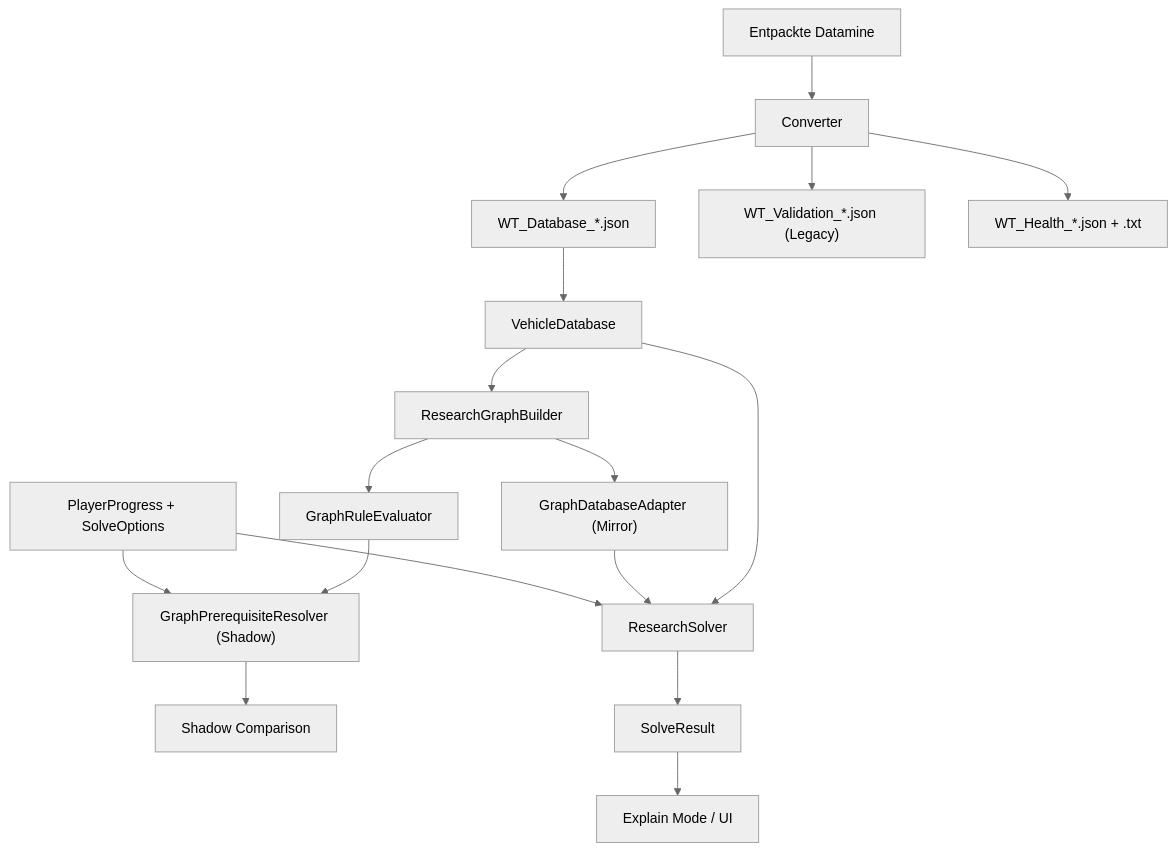
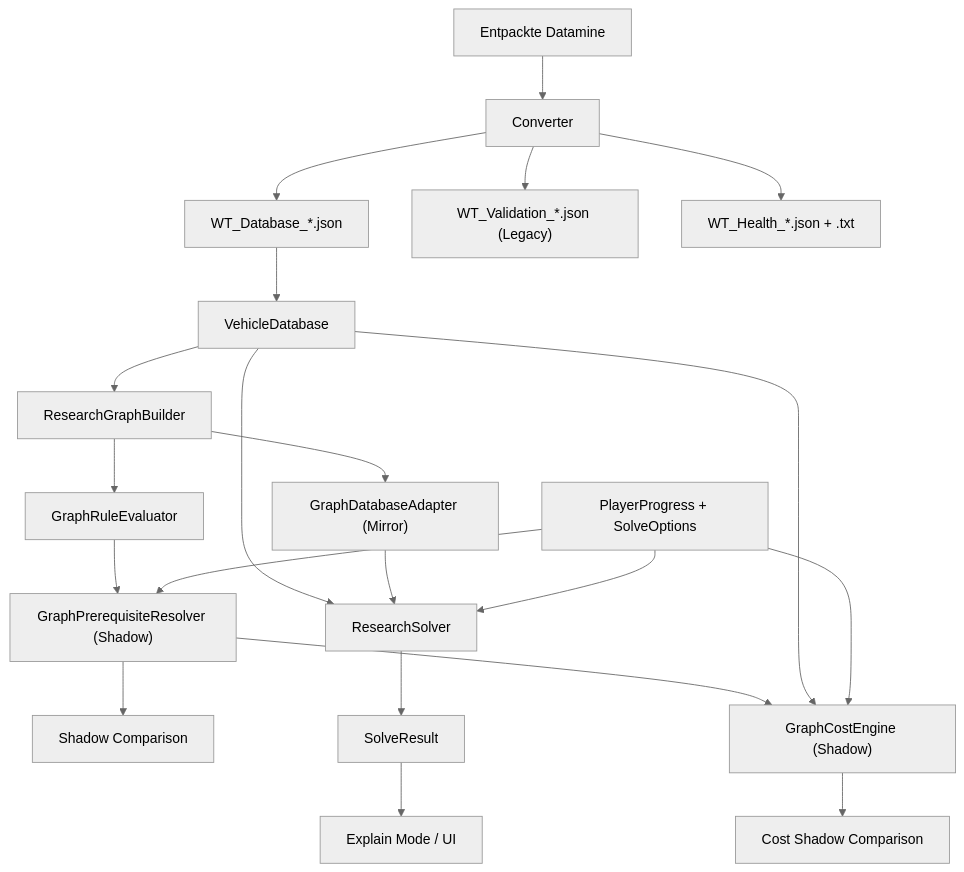
Before and after one commit to wursti10-cmyk/wurstbrot-suite: the diagram in docs/02_ARCHITECTURE.md, drawn with Mermaid (neutral theme). The commit also changed other lines of this file and 19 other files, not shown here.

First line of the commit message:
Accuracy: add graph cost calculation in shadow mode (#8)

````diff
--- a/docs/02_ARCHITECTURE.md
+++ b/docs/02_ARCHITECTURE.md
@@ -20,19 +21,23 @@
 ```mermaid
 flowchart TD
   D["Entpackte Datamine"] --> C["Converter"]
   C --> J["WT_Database_*.json"]
   C --> V["WT_Validation_*.json (Legacy)"]
   C --> H["WT_Health_*.json + .txt"]
   J --> DB["VehicleDatabase"]
   DB --> G["ResearchGraphBuilder"]
   G --> A["GraphDatabaseAdapter (Mirror)"]
   G --> RE["GraphRuleEvaluator"]
   RE --> GR["GraphPrerequisiteResolver (Shadow)"]
   P --> GR
   GR --> SM["Shadow Comparison"]
+  GR --> GC["GraphCostEngine (Shadow)"]
+  DB --> GC
+  P --> GC
+  GC --> CM["Cost Shadow Comparison"]
   DB --> S["ResearchSolver"]
   A --> S
   P["PlayerProgress + SolveOptions"] --> S
   S --> R["SolveResult"]
   R --> E["Explain Mode / UI"]
 ```
````
